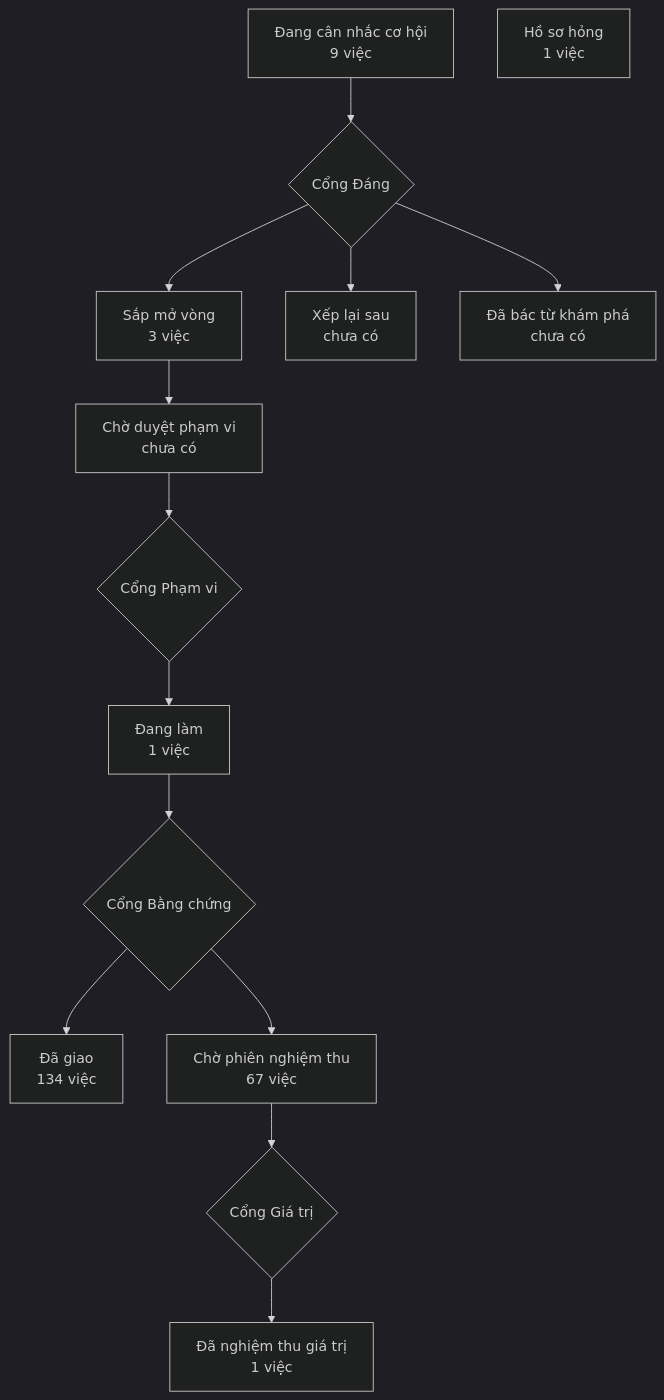
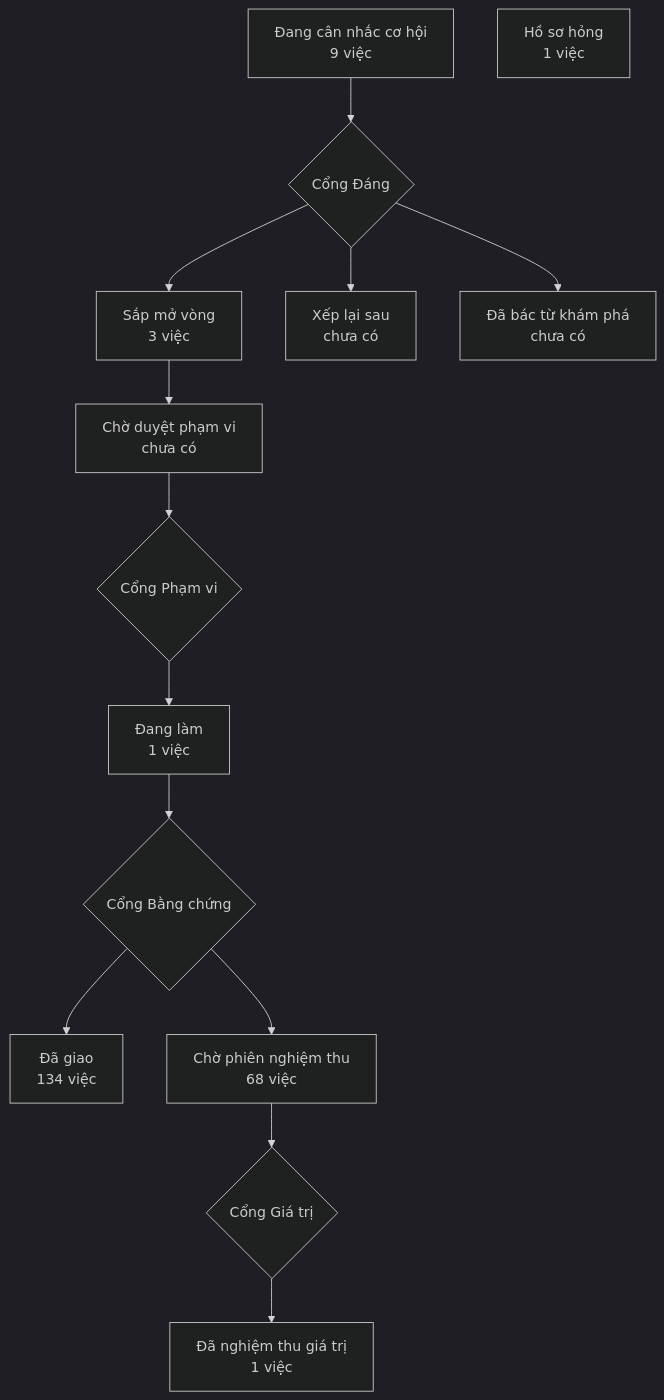
The diagram in PRODUCT-MAP.md (phanlemanh/crm-onehub), drawn with Mermaid (dark theme) before and after one commit. The commit also changed 1 other file, not shown here.

Commit message:
docs(zalo-hoi-okr-khong-chet): ve lai ban do sau gop onehub

````diff
--- a/PRODUCT-MAP.md
+++ b/PRODUCT-MAP.md
@@ -7,13 +7,13 @@
 ```mermaid
 flowchart TD
   A["Đang cân nhắc cơ hội<br/>9 việc"] --> GD{"Cổng Đáng"}
   GD --> B["Sắp mở vòng<br/>3 việc"]
   GD --> XL["Xếp lại sau<br/>chưa có"]
   GD --> DB["Đã bác từ khám phá<br/>chưa có"]
   B --> CD["Chờ duyệt phạm vi<br/>chưa có"] --> GP{"Cổng Phạm vi"}
   GP --> DL["Đang làm<br/>1 việc"] --> GB{"Cổng Bằng chứng"}
   GB --> DG["Đã giao<br/>134 việc"]
-  GB --> CN["Chờ phiên nghiệm thu<br/>67 việc"] --> GG{"Cổng Giá trị"}
+  GB --> CN["Chờ phiên nghiệm thu<br/>68 việc"] --> GG{"Cổng Giá trị"}
   GG --> NT["Đã nghiệm thu giá trị<br/>1 việc"]
   HS["Hồ sơ hỏng<br/>1 việc"]
 ```
````
